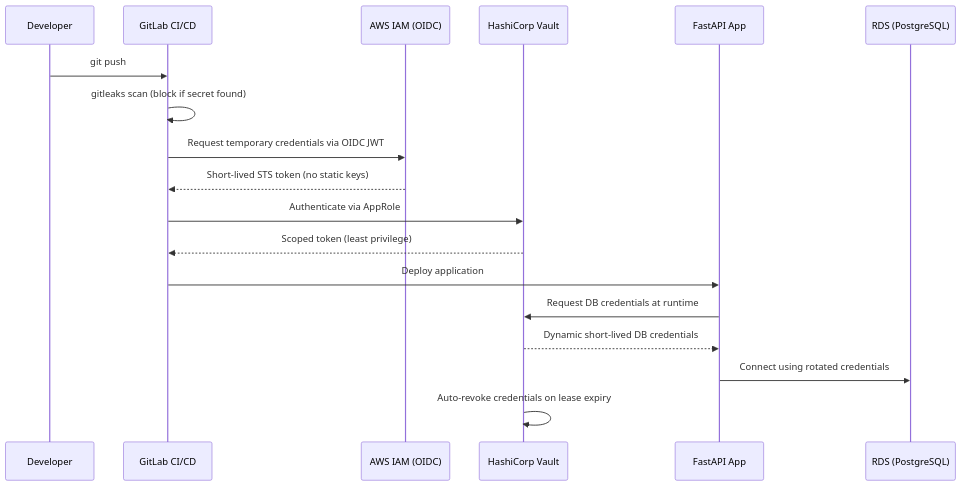
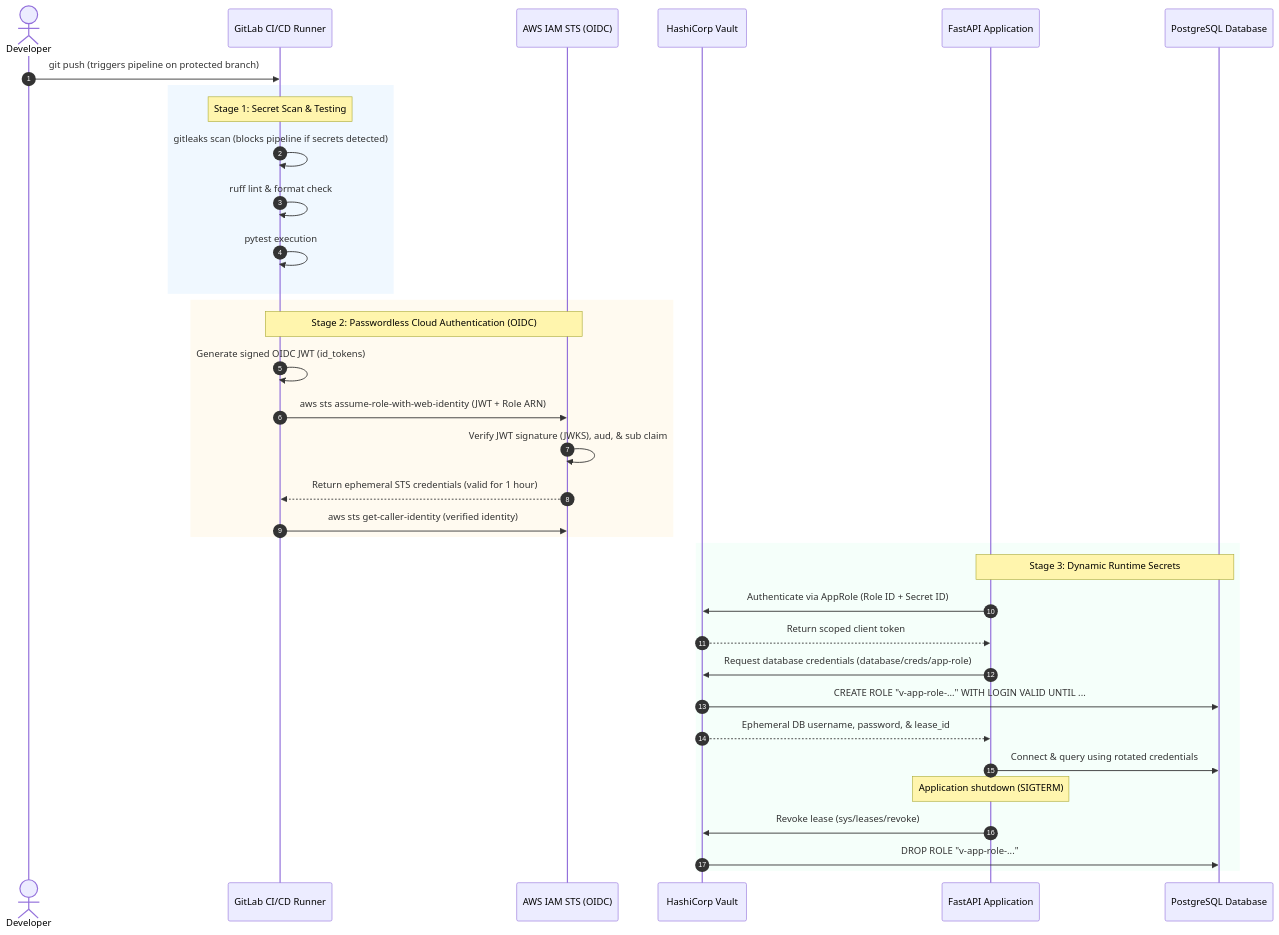
Before and after one commit to kahtavyi/zero-trust-cicd-pipeline: the diagram in README.md, drawn with Mermaid. The commit also changed other lines of this file, not shown here.

````diff
--- a/README.md
+++ b/README.md
@@ -45,21 +45,41 @@
 ```mermaid
 sequenceDiagram
-    participant Dev as Developer
-    participant GL as GitLab CI/CD
-    participant AWS as AWS IAM (OIDC)
+    autonumber
+    actor Dev as Developer
+    participant GL as GitLab CI/CD Runner
+    participant AWS as AWS IAM STS (OIDC)
     participant Vault as HashiCorp Vault
-    participant App as FastAPI App
-    participant DB as RDS (PostgreSQL)
+    participant App as FastAPI Application
+    participant DB as PostgreSQL Database
 
-    Dev->>GL: git push
-    GL->>GL: gitleaks scan (block if secret found)
-    GL->>AWS: Request temporary credentials via OIDC JWT
-    AWS-->>GL: Short-lived STS token (no static keys)
-    GL->>Vault: Authenticate via AppRole
-    Vault-->>GL: Scoped token (least privilege)
-    GL->>App: Deploy application
-    App->>Vault: Request DB credentials at runtime
-    Vault-->>App: Dynamic short-lived DB credentials
-    App->>DB: Connect using rotated credentials
-    Vault->>Vault: Auto-revoke credentials on lease expiry
+    Dev->>GL: git push (triggers pipeline on protected branch)
+
+    rect rgb(240, 248, 255)
+        note over GL: Stage 1: Secret Scan & Testing
+        GL->>GL: gitleaks scan (blocks pipeline if secrets detected)
+        GL->>GL: ruff lint & format check
+        GL->>GL: pytest execution
+    end
+
+    rect rgb(255, 250, 240)
+        note over GL, AWS: Stage 2: Passwordless Cloud Authentication (OIDC)
+        GL->>GL: Generate signed OIDC JWT (id_tokens)
+        GL->>AWS: aws sts assume-role-with-web-identity (JWT + Role ARN)
+        AWS->>AWS: Verify JWT signature (JWKS), aud, & sub claim
+        AWS-->>GL: Return ephemeral STS credentials (valid for 1 hour)
+        GL->>AWS: aws sts get-caller-identity (verified identity)
+    end
+
+    rect rgb(245, 255, 250)
+        note over App, DB: Stage 3: Dynamic Runtime Secrets
+        App->>Vault: Authenticate via AppRole (Role ID + Secret ID)
+        Vault-->>App: Return scoped client token
+        App->>Vault: Request database credentials (database/creds/app-role)
+        Vault->>DB: CREATE ROLE "v-app-role-..." WITH LOGIN VALID UNTIL ...
+        Vault-->>App: Ephemeral DB username, password, & lease_id
+        App->>DB: Connect & query using rotated credentials
+        note over App: Application shutdown (SIGTERM)
+        App->>Vault: Revoke lease (sys/leases/revoke)
+        Vault->>DB: DROP ROLE "v-app-role-..."
+    end
 ```
````
